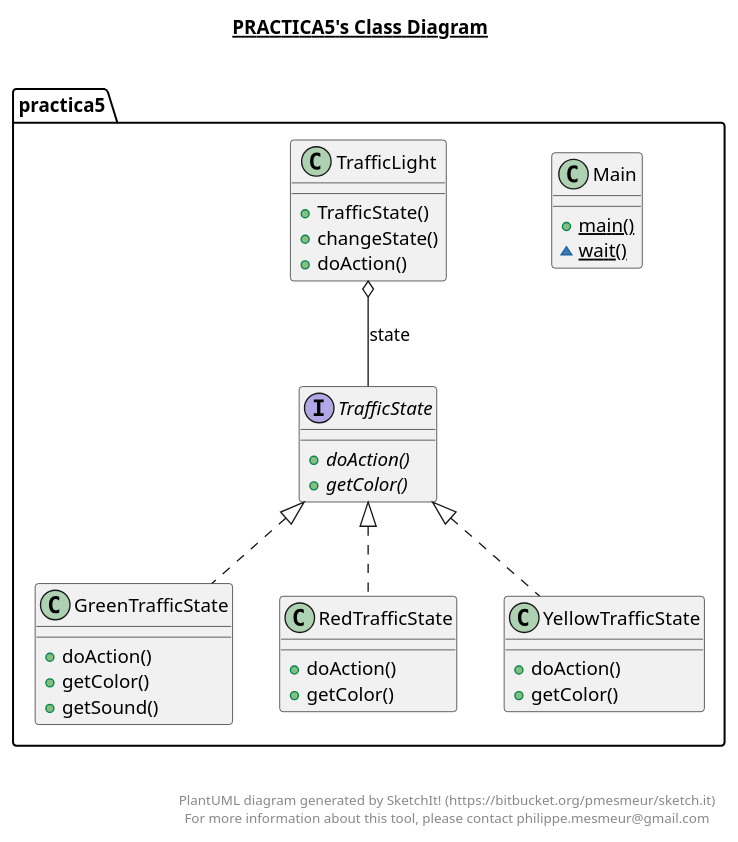
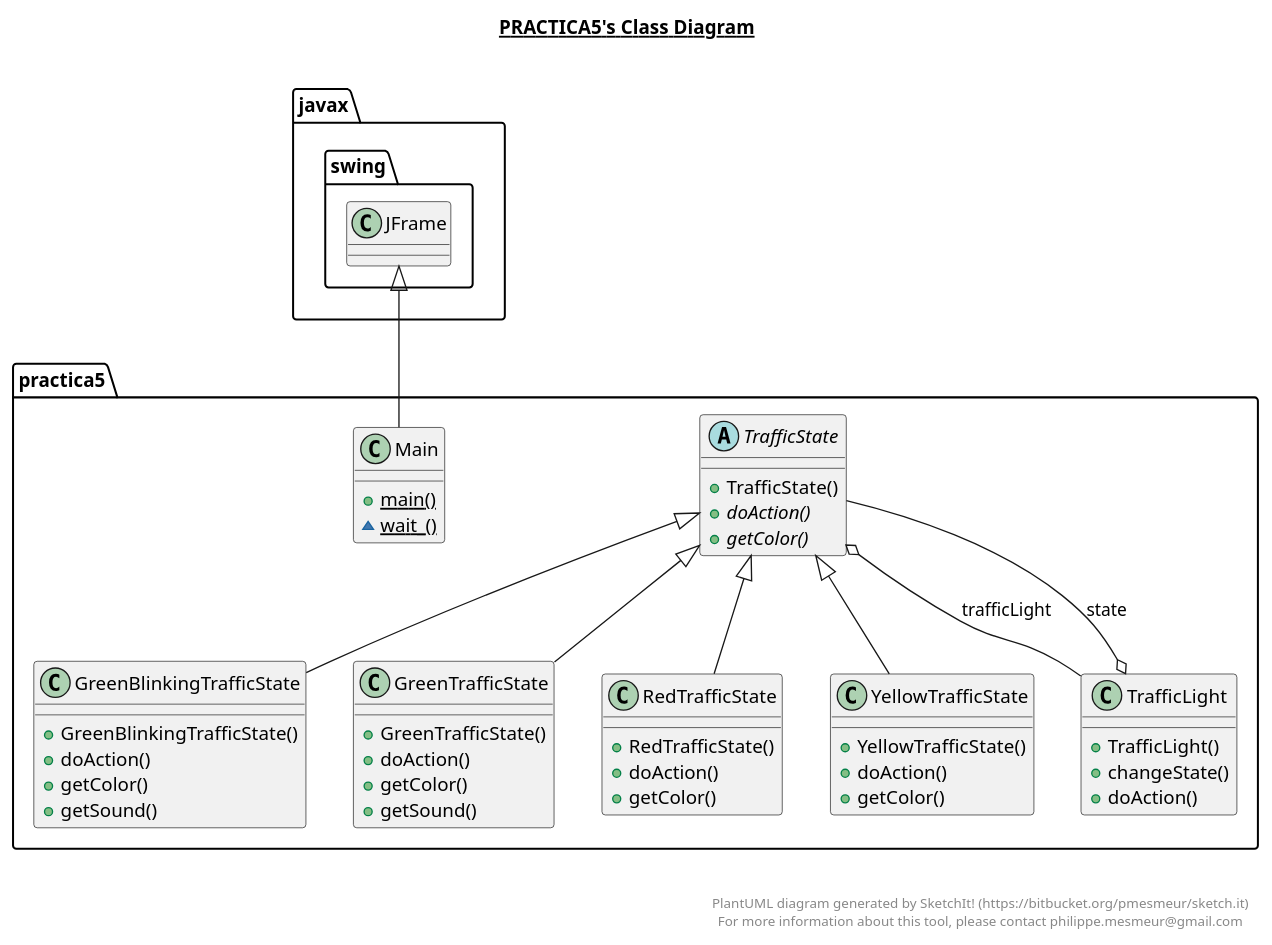
One commit to Diegodmbot/ULL-DAP-Practica05 changed the diagram in src/practica5/practica5.plantuml. Above: the diagram before and after it, drawn with PlantUML. The commit also changed 4 other files, not shown here.

```diff
--- a/src/practica5/practica5.plantuml
+++ b/src/practica5/practica5.plantuml
@@ -1,68 +1,85 @@
 @startuml
 
 title __PRACTICA5's Class Diagram__\n
 
   namespace practica5 {
+    class practica5.GreenBlinkingTrafficState {
+        + GreenBlinkingTrafficState()
+        + doAction()
+        + getColor()
+        + getSound()
+    }
+  }
+  
+
+  namespace practica5 {
     class practica5.GreenTrafficState {
+        + GreenTrafficState()
         + doAction()
         + getColor()
         + getSound()
     }
   }
   
 
   namespace practica5 {
     class practica5.Main {
         {static} + main()
-        {static} ~ wait()
+        {static} ~ wait_()
     }
   }
   
 
   namespace practica5 {
     class practica5.RedTrafficState {
+        + RedTrafficState()
         + doAction()
         + getColor()
     }
   }
   
 
   namespace practica5 {
     class practica5.TrafficLight {
-        + TrafficState()
+        + TrafficLight()
         + changeState()
         + doAction()
     }
   }
   
 
   namespace practica5 {
-    interface practica5.TrafficState {
+    abstract class practica5.TrafficState {
+        + TrafficState()
         {abstract} + doAction()
         {abstract} + getColor()
     }
   }
   
 
   namespace practica5 {
     class practica5.YellowTrafficState {
+        + YellowTrafficState()
         + doAction()
         + getColor()
     }
   }
   
 
-  practica5.GreenTrafficState .up.|> practica5.TrafficState
-  practica5.RedTrafficState .up.|> practica5.TrafficState
+  practica5.GreenBlinkingTrafficState -up-|> practica5.TrafficState
+  practica5.GreenTrafficState -up-|> practica5.TrafficState
+  practica5.Main -up-|> javax.swing.JFrame
+  practica5.RedTrafficState -up-|> practica5.TrafficState
   practica5.TrafficLight o-- practica5.TrafficState : state
-  practica5.YellowTrafficState .up.|> practica5.TrafficState
+  practica5.TrafficState o-- practica5.TrafficLight : trafficLight
+  practica5.YellowTrafficState -up-|> practica5.TrafficState
 
 
 right footer
 
 
 PlantUML diagram generated by SketchIt! (https://bitbucket.org/pmesmeur/sketch.it)
 For more information about this tool, please contact philippe.mesmeur@gmail.com
 endfooter
 
 @enduml
```
